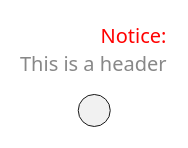
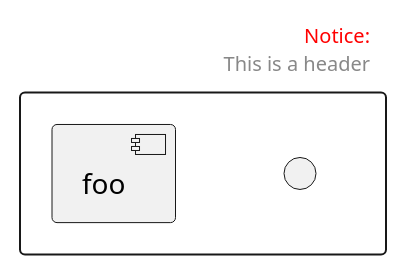
Before and after one commit to mattjhayes/PlantUML-Examples: the second of 6 diagrams in Diagram-Features/diagram-features.md, drawn with PlantUML. The commit also changed other lines of this file and 4 other files, not shown here.

Commit message:
diagram feature updates

````diff
--- a/Diagram-Features/diagram-features.md
+++ b/Diagram-Features/diagram-features.md
@@ -30,9 +30,12 @@
 ```plantuml
 @startuml
 header
 <font color=red>Notice:</font>
 This is a header
 endheader
-() " " as u1
+rectangle {
+    () " " as u1
+    component foo
+}
 @enduml
 ```
````
